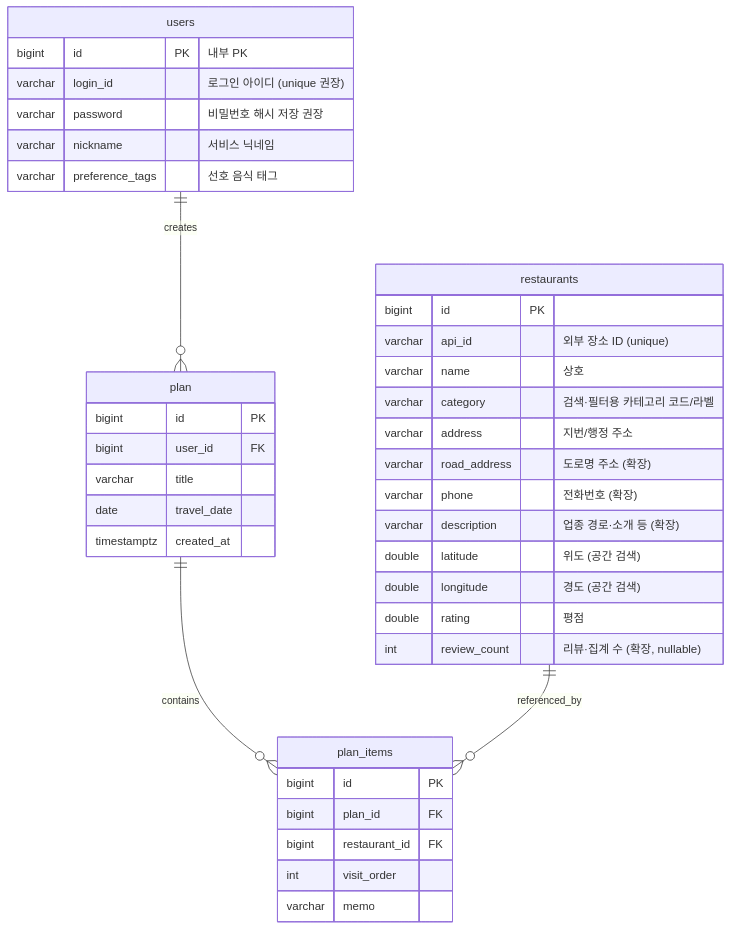
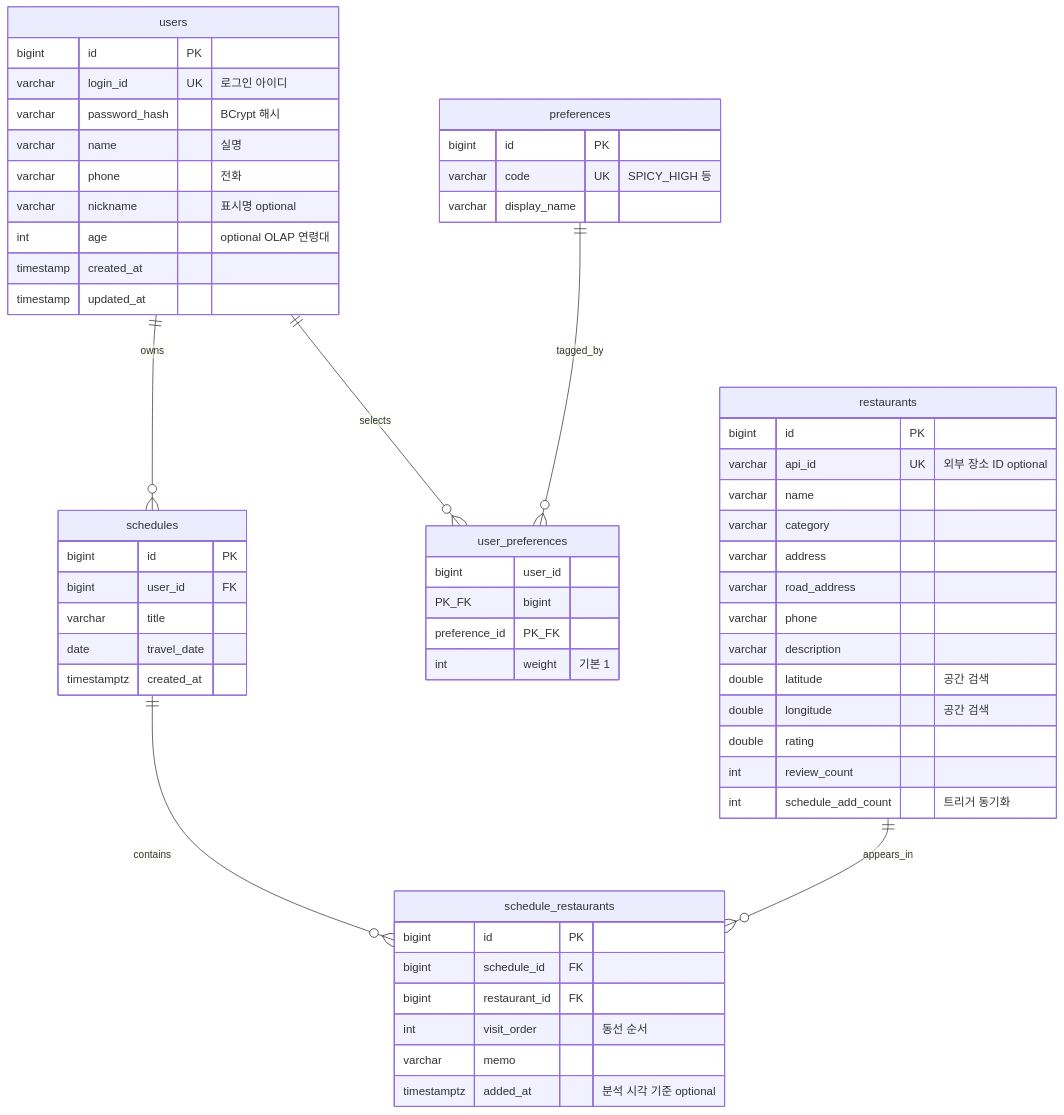
One commit to db-matzip-project/matzip-backend changed the diagram in docs/erd.md. Above: the diagram before and after it, drawn with Mermaid. The commit also changed other lines of this file and 63 other files, not shown here.

````diff
--- a/docs/erd.md
+++ b/docs/erd.md
@@ -11,45 +9,65 @@
 ```mermaid
 erDiagram
-    users ||--o{ plan : "creates"
-    plan ||--o{ plan_items : "contains"
-    restaurants ||--o{ plan_items : "referenced_by"
+    users ||--o{ schedules : owns
+    users ||--o{ user_preferences : selects
+    preferences ||--o{ user_preferences : tagged_by
+    schedules ||--o{ schedule_restaurants : contains
+    restaurants ||--o{ schedule_restaurants : appears_in
 
     users {
-        bigint id PK "내부 PK"
-        varchar login_id "로그인 아이디 (unique 권장)"
-        varchar password "비밀번호 해시 저장 권장"
-        varchar nickname "서비스 닉네임"
-        varchar preference_tags "선호 음식 태그"
+        bigint id PK
+        varchar login_id UK "로그인 아이디"
+        varchar password_hash "BCrypt 해시"
+        varchar name "실명"
+        varchar phone "전화"
+        varchar nickname "표시명 optional"
+        int age "optional OLAP 연령대"
+        timestamp created_at
+        timestamp updated_at
+    }
+
+    preferences {
+        bigint id PK
+        varchar code UK "SPICY_HIGH 등"
+        varchar display_name
+    }
+
+    user_preferences {
+        bigint user_id PK_FK
+        bigint preference_id PK_FK
+        int weight "기본 1"
     }
 
     restaurants {
         bigint id PK
-        varchar api_id "외부 장소 ID (unique)"
-        varchar name "상호"
-        varchar category "검색·필터용 카테고리 코드/라벨"
-        varchar address "지번/행정 주소"
-        varchar road_address "도로명 주소 (확장)"
-        varchar phone "전화번호 (확장)"
-        varchar description "업종 경로·소개 등 (확장)"
-        double latitude "위도 (공간 검색)"
-        double longitude "경도 (공간 검색)"
-        double rating "평점"
-        int review_count "리뷰·집계 수 (확장, nullable)"
+        varchar api_id UK "외부 장소 ID optional"
+        varchar name
+        varchar category
+        varchar address
+        varchar road_address
+        varchar phone
+        varchar description
+        double latitude "공간 검색"
+        double longitude "공간 검색"
+        double rating
+        int review_count
+        int schedule_add_count "트리거 동기화"
     }
 
-    plan {
+    schedules {
         bigint id PK
         bigint user_id FK
         varchar title
         date travel_date
         timestamptz created_at
     }
 
-    plan_items {
+    schedule_restaurants {
         bigint id PK
-        bigint plan_id FK
+        bigint schedule_id FK
         bigint restaurant_id FK
-        int visit_order
+        int visit_order "동선 순서"
         varchar memo
+        timestamptz added_at "분석 시각 기준 optional"
     }
 ```
````
